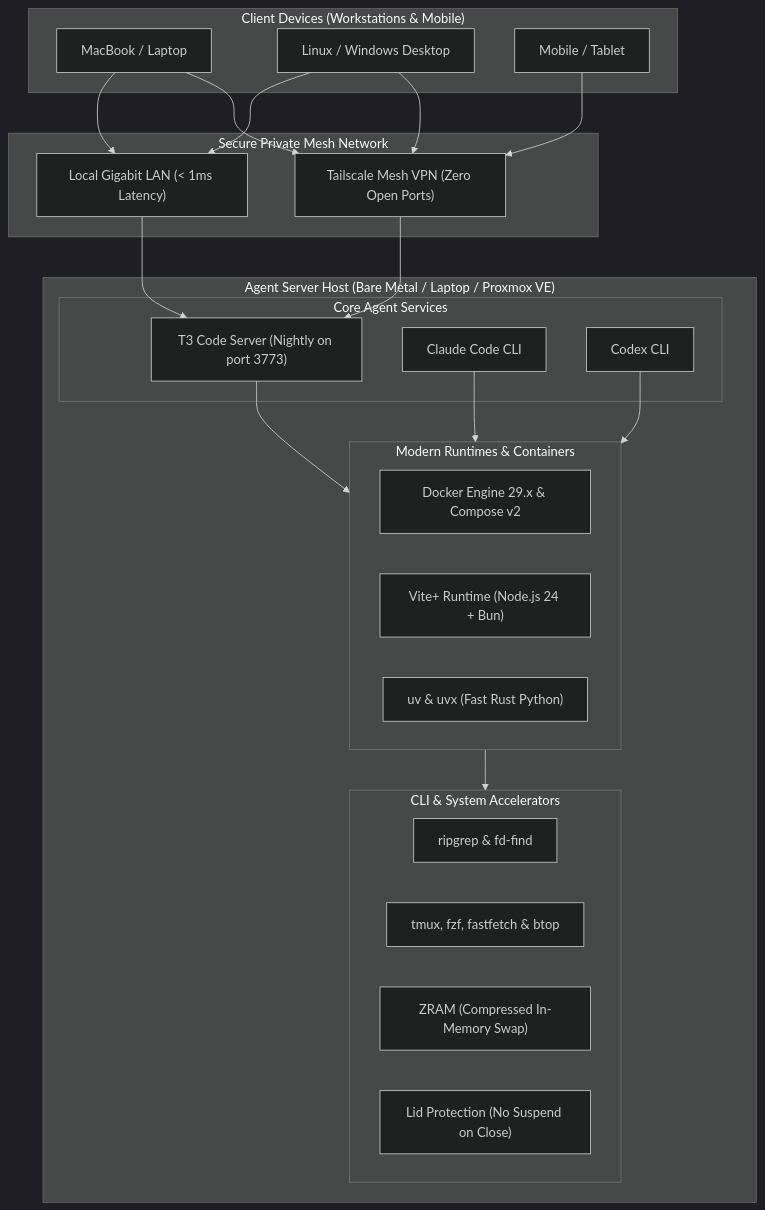
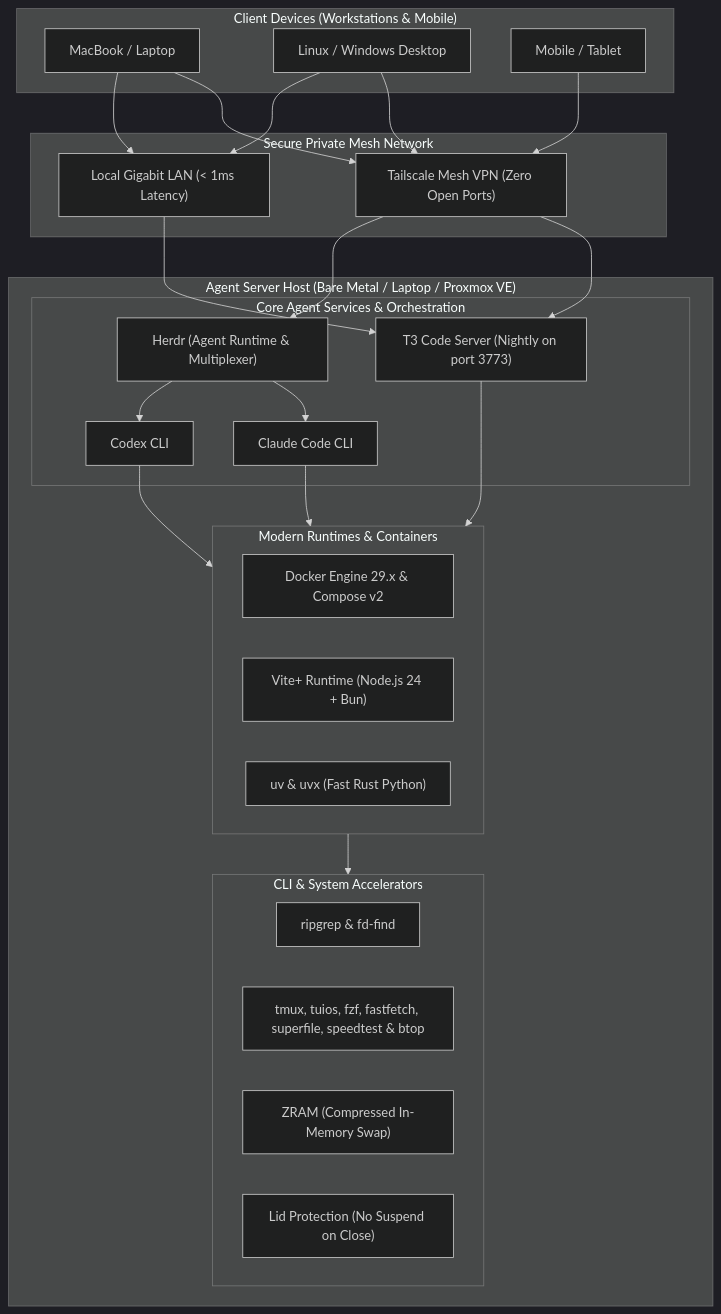
One commit to kshanxs/agent-server-setup changed the first of 2 diagrams in README.md. Above: the diagram before and after it, drawn with Mermaid (dark theme). The commit also changed other lines of this file and 7 other files, not shown here.

````diff
--- a/README.md
+++ b/README.md
@@ -19,49 +19,53 @@
 ```mermaid
 flowchart TD
     subgraph Clients["Client Devices (Workstations & Mobile)"]
         MAC["MacBook / Laptop"]
         DESK["Linux / Windows Desktop"]
         PHONE["Mobile / Tablet"]
     end
 
     subgraph Network["Secure Private Mesh Network"]
         TS["Tailscale Mesh VPN (Zero Open Ports)"]
         LAN["Local Gigabit LAN (< 1ms Latency)"]
     end
 
     subgraph Host["Agent Server Host (Bare Metal / Laptop / Proxmox VE)"]
-        subgraph Services["Core Agent Services"]
+        subgraph Services["Core Agent Services & Orchestration"]
             T3["T3 Code Server (Nightly on port 3773)"]
+            HERDR["Herdr (Agent Runtime & Multiplexer)"]
             CLAUDE["Claude Code CLI"]
             CODEX["Codex CLI"]
         end
 
         subgraph Runtimes["Modern Runtimes & Containers"]
             DOCKER["Docker Engine 29.x & Compose v2"]
             VITE["Vite+ Runtime (Node.js 24 + Bun)"]
             UV["uv & uvx (Fast Rust Python)"]
         end
 
         subgraph Accelerators["CLI & System Accelerators"]
             SEARCH["ripgrep & fd-find"]
-            TERM["tmux, fzf, fastfetch & btop"]
+            TERM["tmux, tuios, fzf, fastfetch, superfile, speedtest & btop"]
             ZRAM["ZRAM (Compressed In-Memory Swap)"]
             LID["Lid Protection (No Suspend on Close)"]
         end
     end
 
     MAC --> TS
     DESK --> TS
     PHONE --> TS
     MAC --> LAN
     DESK --> LAN
 
     TS --> T3
     LAN --> T3
+    TS --> HERDR
 
     T3 --> Runtimes
+    HERDR --> CLAUDE
+    HERDR --> CODEX
     CLAUDE --> Runtimes
     CODEX --> Runtimes
 
     Runtimes --> Accelerators
 ```
````
